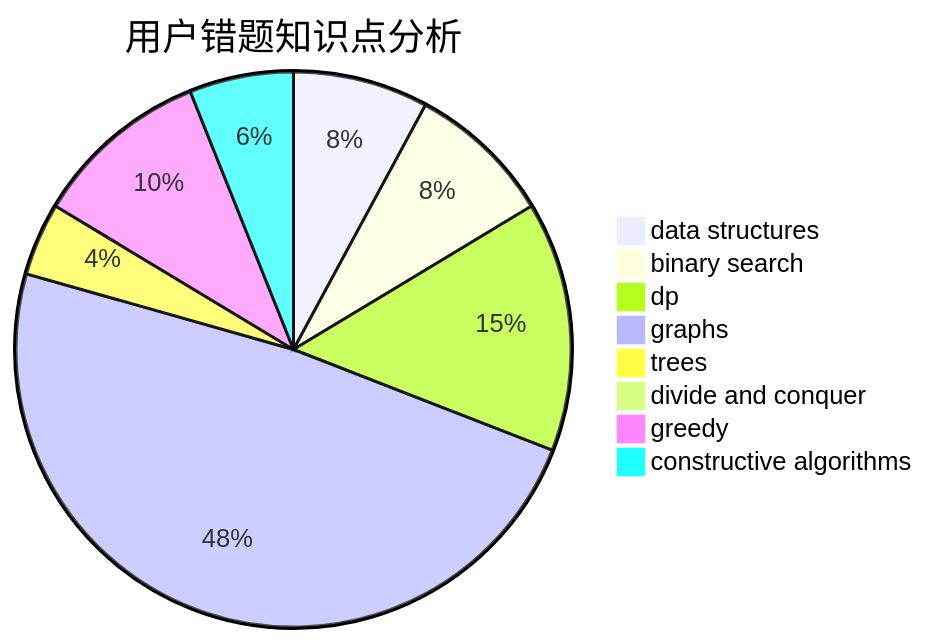
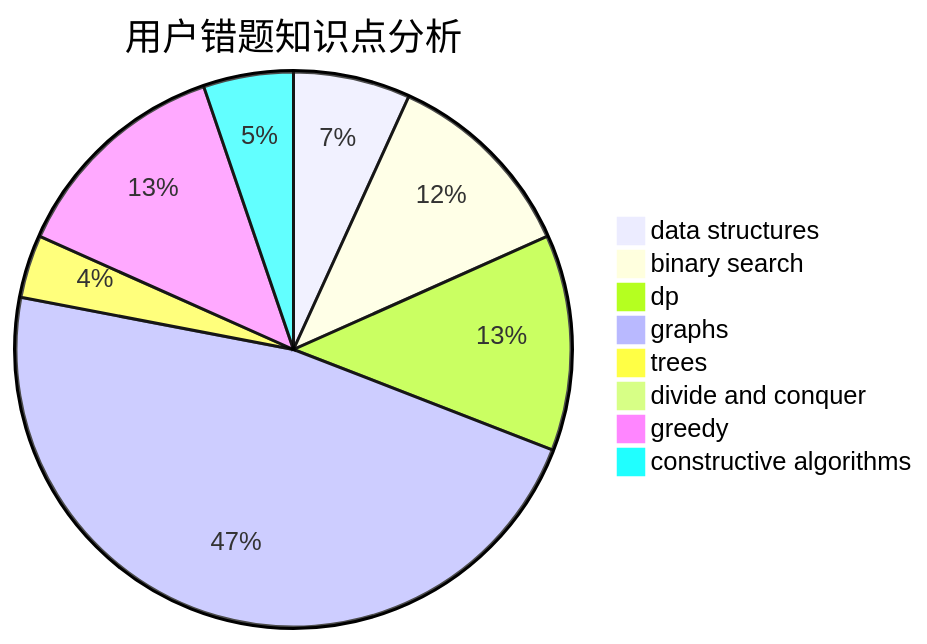
The third of 3 diagrams in docs/user/u980.md (sherpahu/cfrs.github.io), drawn with Mermaid before and after one commit. The commit also changed other lines of this file and 2770 other files, not shown here.

````diff
--- a/docs/user/u980.md
+++ b/docs/user/u980.md
@@ -36,11 +36,11 @@
 ```mermaid
 pie title 用户错题知识点分析
     "data structures" :  13
-    "binary search" :  14
+    "binary search" :  22
     "dp" :  24
-    "graphs" :  80
+    "graphs" :  90
     "trees" :  7
     "divide and conquer" :  0
-    "greedy" :  17
+    "greedy" :  25
     "constructive algorithms" :  10
 ```
````
